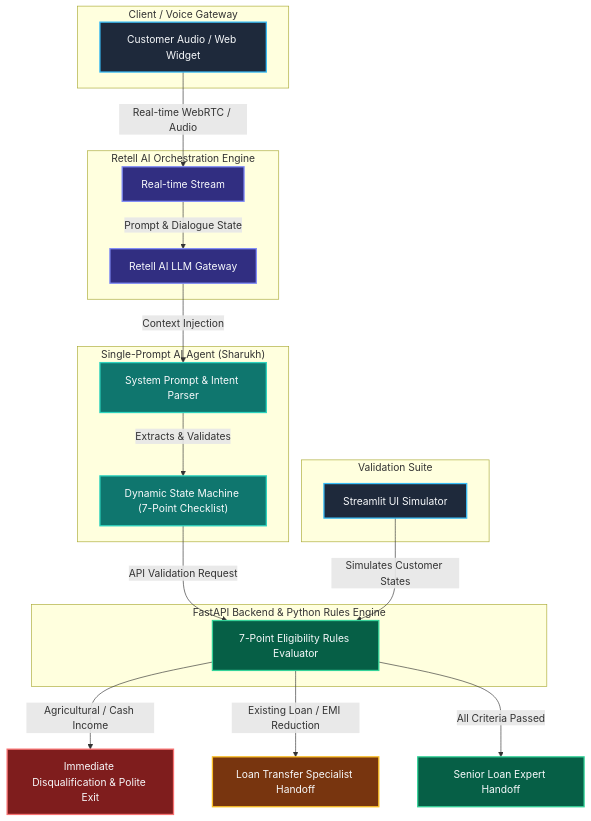
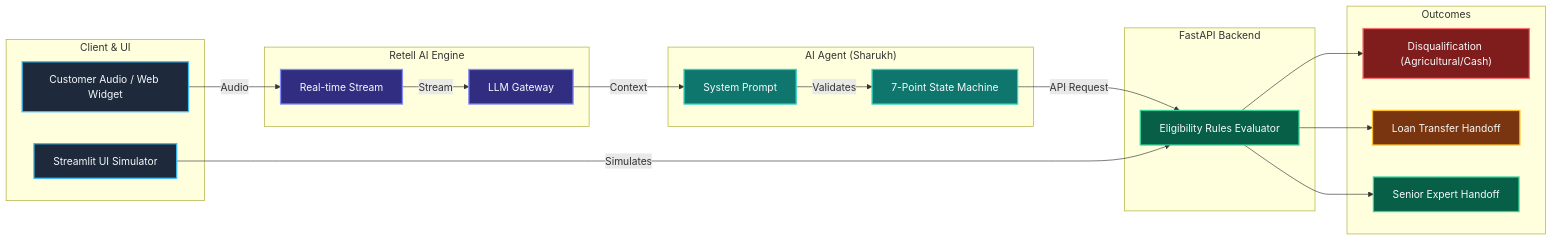
Before and after one commit to subair247/home-credit-lap-voice-agent: the diagram in README.md, drawn with Mermaid.

Commit message:
docs: update README with landscape 3D Mermaid architecture diagram

````diff
--- a/README.md
+++ b/README.md
@@ -9,45 +9,48 @@
 ```mermaid
 
-graph TD
+graph LR
     classDef clientStyle fill:#1E293B,stroke:#38BDF8,stroke-width:2px,color:#F8FAFC;
     classDef engineStyle fill:#312E81,stroke:#818CF8,stroke-width:2px,color:#F8FAFC;
     classDef agentStyle fill:#0F766E,stroke:#2DD4BF,stroke-width:2px,color:#F8FAFC;
     classDef successStyle fill:#065F46,stroke:#34D399,stroke-width:2px,color:#F8FAFC;
     classDef warningStyle fill:#78350F,stroke:#FBBF24,stroke-width:2px,color:#F8FAFC;
     classDef dangerStyle fill:#7F1D1D,stroke:#F87171,stroke-width:2px,color:#F8FAFC;
 
-    subgraph Client ["Client / Voice Gateway"]
+    subgraph Client ["Client & UI"]
         A["Customer Audio / Web Widget"]:::clientStyle
-    end
-
-    subgraph Retell ["Retell AI Orchestration Engine"]
-        B["Real-time Stream"]:::engineStyle
-        C["Retell AI LLM Gateway"]:::engineStyle
-    end
-
-    subgraph Agent ["Single-Prompt AI Agent (Sharukh)"]
-        D["System Prompt & Intent Parser"]:::agentStyle
-        E["Dynamic State Machine (7-Point Checklist)"]:::agentStyle
-    end
-
-    subgraph Backend ["FastAPI Backend & Python Rules Engine"]
-        F["7-Point Eligibility Rules Evaluator"]:::successStyle
-    end
-
-    subgraph UI ["Validation Suite"]
         G["Streamlit UI Simulator"]:::clientStyle
     end
 
+    subgraph Retell ["Retell AI Engine"]
+        B["Real-time Stream"]:::engineStyle
+        C["LLM Gateway"]:::engineStyle
+    end
+
+    subgraph Agent ["AI Agent (Sharukh)"]
+        D["System Prompt"]:::agentStyle
+        E["7-Point State Machine"]:::agentStyle
+    end
+
+    subgraph Backend ["FastAPI Backend"]
+        F["Eligibility Rules Evaluator"]:::successStyle
+    end
+
+    subgraph Outcomes ["Outcomes"]
+        H["Disqualification (Agricultural/Cash)"]:::dangerStyle
+        I["Loan Transfer Handoff"]:::warningStyle
+        J["Senior Expert Handoff"]:::successStyle
+    end
+
     %% Flow Connections
-    A -->|"Real-time WebRTC / Audio"| B
-    B -->|"Prompt & Dialogue State"| C
-    C -->|"Context Injection"| D
-    D -->|"Extracts & Validates"| E
-    E -->|"API Validation Request"| F
-    G -->|"Simulates Customer States"| F
+    A -->|Audio| B
+    B -->|Stream| C
+    C -->|Context| D
+    D -->|Validates| E
+    E -->|API Request| F
+    G -->|Simulates| F
 
-    %% Outcomes
-    F -->|"Agricultural / Cash Income"| H["Immediate Disqualification & Polite Exit"]:::dangerStyle
-    F -->|"Existing Loan / EMI Reduction"| I["Loan Transfer Specialist Handoff"]:::warningStyle
-    F -->|"All Criteria Passed"| J["Senior Loan Expert Handoff"]:::successStyle
+    %% Outcome Routing
+    F --> H
+    F --> I
+    F --> J
 ```
````
